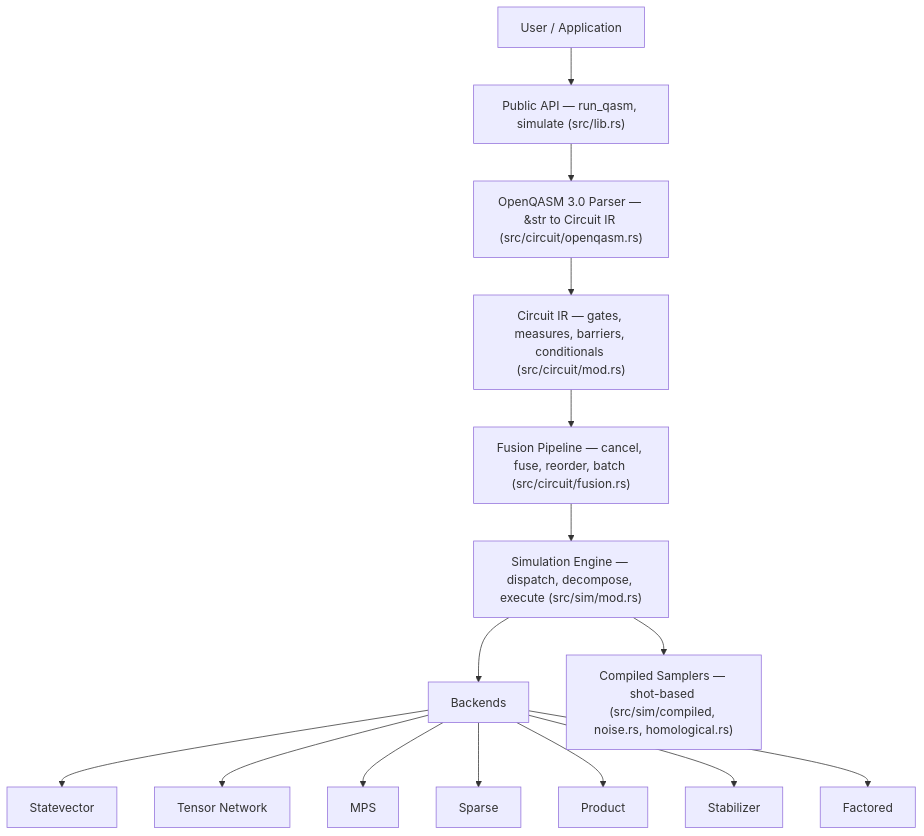
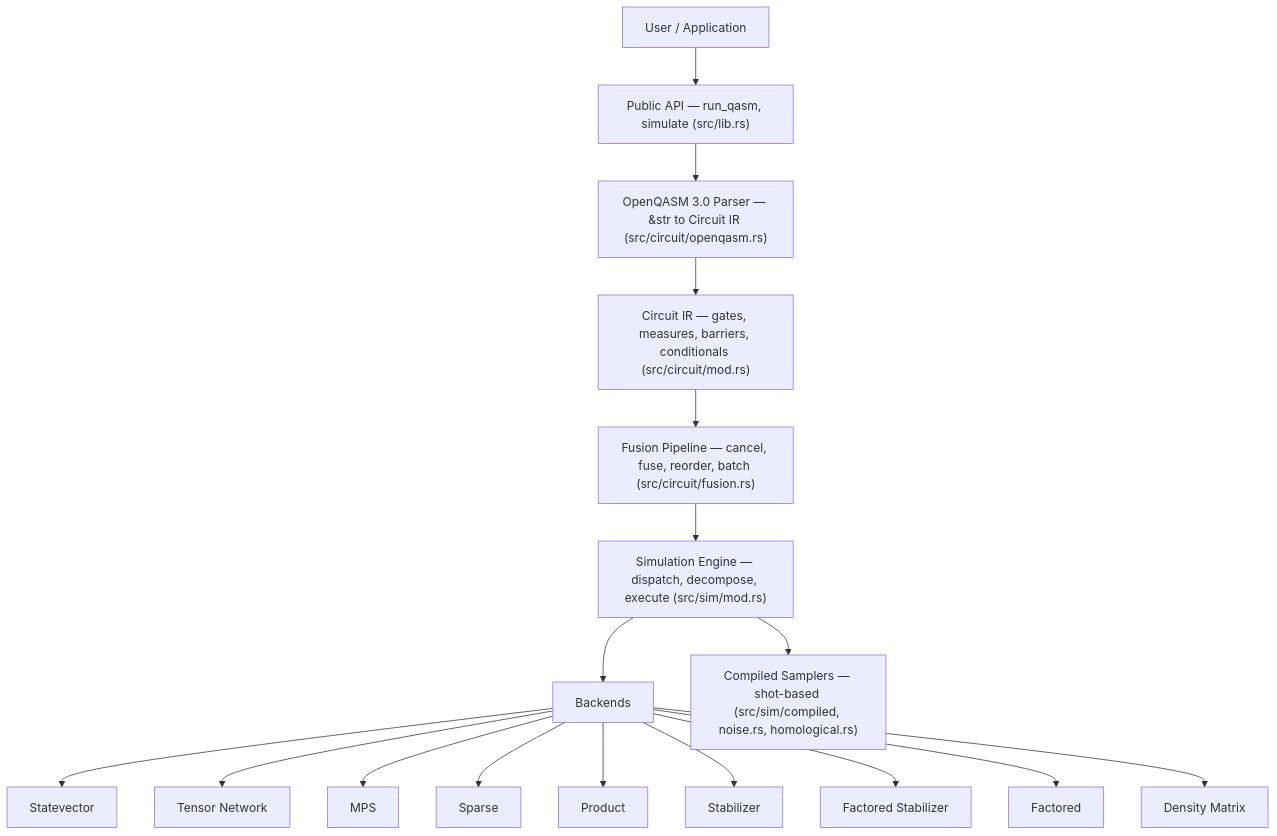
Before and after one commit to AbeCoull/prism-q: the diagram in docs/architecture/overview.md, drawn with Mermaid. The commit also changed 32 other files, not shown here.

````diff
--- a/docs/architecture/overview.md
+++ b/docs/architecture/overview.md
@@ -24,19 +24,21 @@
 ```mermaid
 flowchart TD
     U[User / Application]
     API["Public API &mdash; run_qasm, simulate (src/lib.rs)"]
     P["OpenQASM 3.0 Parser &mdash; &amp;str to Circuit IR (src/circuit/openqasm.rs)"]
     IR["Circuit IR &mdash; gates, measures, barriers, conditionals (src/circuit/mod.rs)"]
     F["Fusion Pipeline &mdash; cancel, fuse, reorder, batch (src/circuit/fusion.rs)"]
     E["Simulation Engine &mdash; dispatch, decompose, execute (src/sim/mod.rs)"]
     U --> API --> P --> IR --> F --> E
     E --> B[Backends]
     E --> C["Compiled Samplers &mdash; shot-based (src/sim/compiled, noise.rs, homological.rs)"]
     B --> SV[Statevector]
     B --> TN[Tensor Network]
     B --> MPS[MPS]
     B --> SP[Sparse]
     B --> PR[Product]
     B --> ST[Stabilizer]
+    B --> FS[Factored Stabilizer]
     B --> FA[Factored]
+    B --> DM[Density Matrix]
 ```
````
